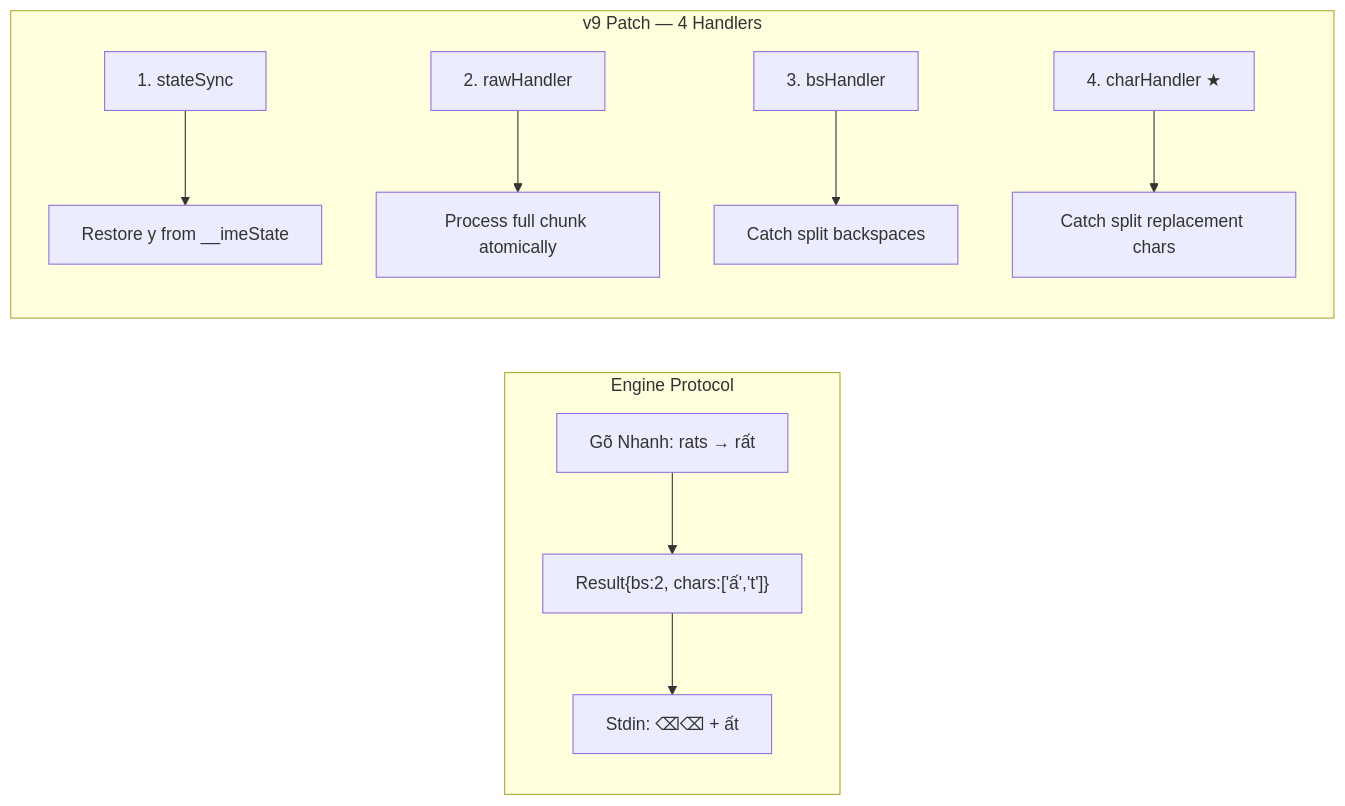
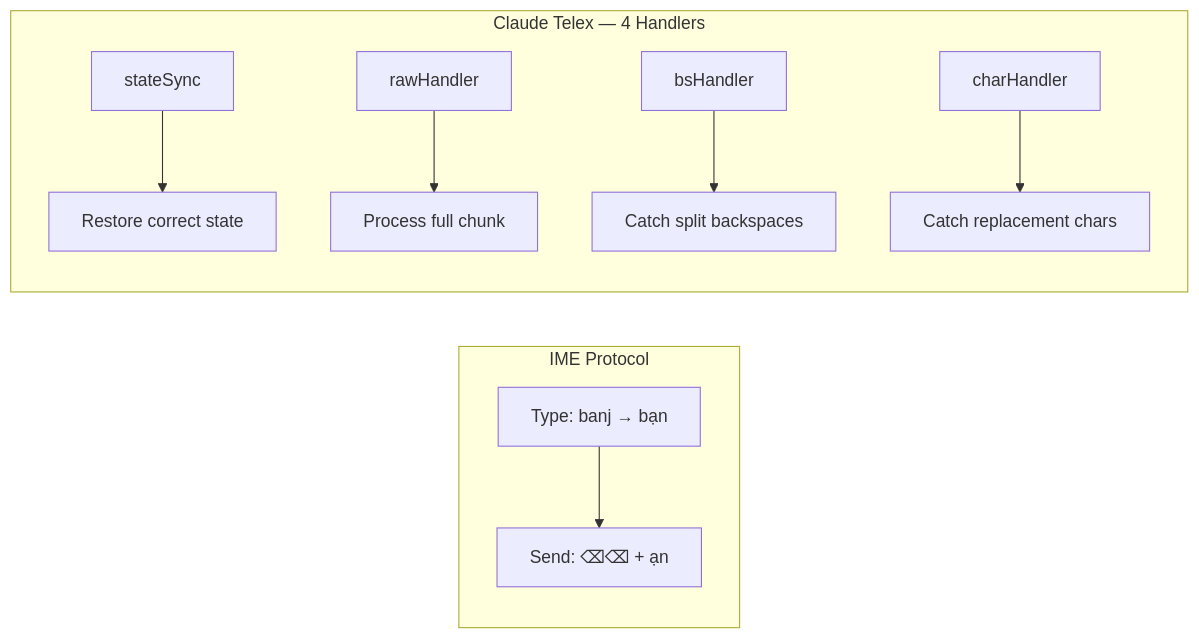
Before and after one commit to nguyenhx2/Claude-Telex: the second of 2 diagrams in README.md, drawn with Mermaid. The commit also changed other lines of this file and 3 other files, not shown here.

````diff
--- a/README.md
+++ b/README.md
@@ -255,13 +169,12 @@
 ```mermaid
 flowchart LR
-    subgraph "Engine Protocol"
-        A["Gõ Nhanh: rats → rất"] --> B["Result{bs:2, chars:['ấ','t']}"]
-        B --> C["Stdin: ⌫⌫ + ất"]
+    subgraph "IME Protocol"
+        A["Type: banj → bạn"] --> B["Send: ⌫⌫ + ạn"]
     end
-    subgraph "v9 Patch — 4 Handlers"
-        D["1. stateSync"] --> E["Restore y from __imeState"]
-        F["2. rawHandler"] --> G["Process full chunk atomically"]
-        H["3. bsHandler"] --> I["Catch split backspaces"]
-        J["4. charHandler ★"] --> K["Catch split replacement chars"]
+    subgraph "Claude Telex — 4 Handlers"
+        C["stateSync"] --> D["Restore correct state"]
+        E["rawHandler"] --> F["Process full chunk"]
+        G["bsHandler"] --> H["Catch split backspaces"]
+        I["charHandler"] --> J["Catch replacement chars"]
     end
 ```
````
